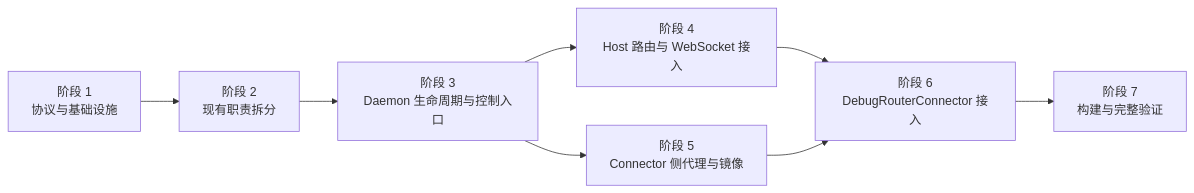
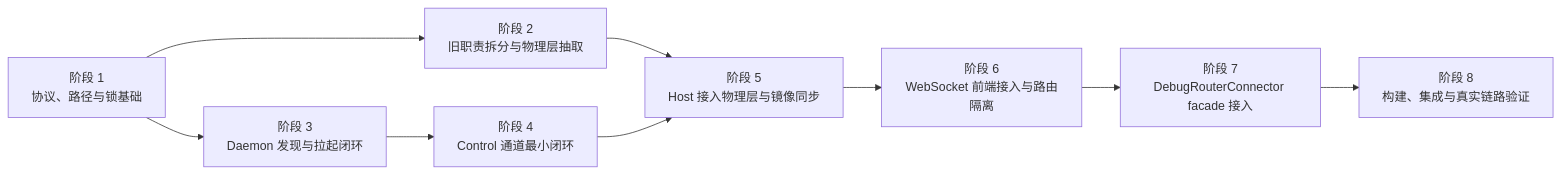
The first of 2 diagrams in dev_docs/DebugRouter Multiplexer 开发文件目录规划.md (lynx-family/debug-router), drawn with Mermaid before and after one commit. The commit also changed other lines of this file and 18 other files, not shown here.

````diff
--- a/dev_docs/DebugRouter Multiplexer 开发文件目录规划.md
+++ b/dev_docs/DebugRouter Multiplexer 开发文件目录规划.md
@@ -126,10 +134,11 @@
 ```mermaid
 flowchart LR
-  P1["阶段 1<br/>协议与基础设施"] --> P2["阶段 2<br/>现有职责拆分"]
-  P2 --> P3["阶段 3<br/>Daemon 生命周期与控制入口"]
-  P3 --> P4["阶段 4<br/>Host 路由与 WebSocket 接入"]
-  P3 --> P5["阶段 5<br/>Connector 侧代理与镜像"]
-  P4 --> P6["阶段 6<br/>DebugRouterConnector 接入"]
-  P5 --> P6
-  P6 --> P7["阶段 7<br/>构建与完整验证"]
+  P1["阶段 1<br/>协议、路径与锁基础"] --> P2["阶段 2<br/>旧职责拆分与物理层抽取"]
+  P1 --> P3["阶段 3<br/>Daemon 发现与拉起闭环"]
+  P2 --> P5["阶段 5<br/>Host 接入物理层与镜像同步"]
+  P3 --> P4["阶段 4<br/>Control 通道最小闭环"]
+  P4 --> P5
+  P5 --> P6["阶段 6<br/>WebSocket 前端接入与路由隔离"]
+  P6 --> P7["阶段 7<br/>DebugRouterConnector facade 接入"]
+  P7 --> P8["阶段 8<br/>构建、集成与真实链路验证"]
 ```
````
